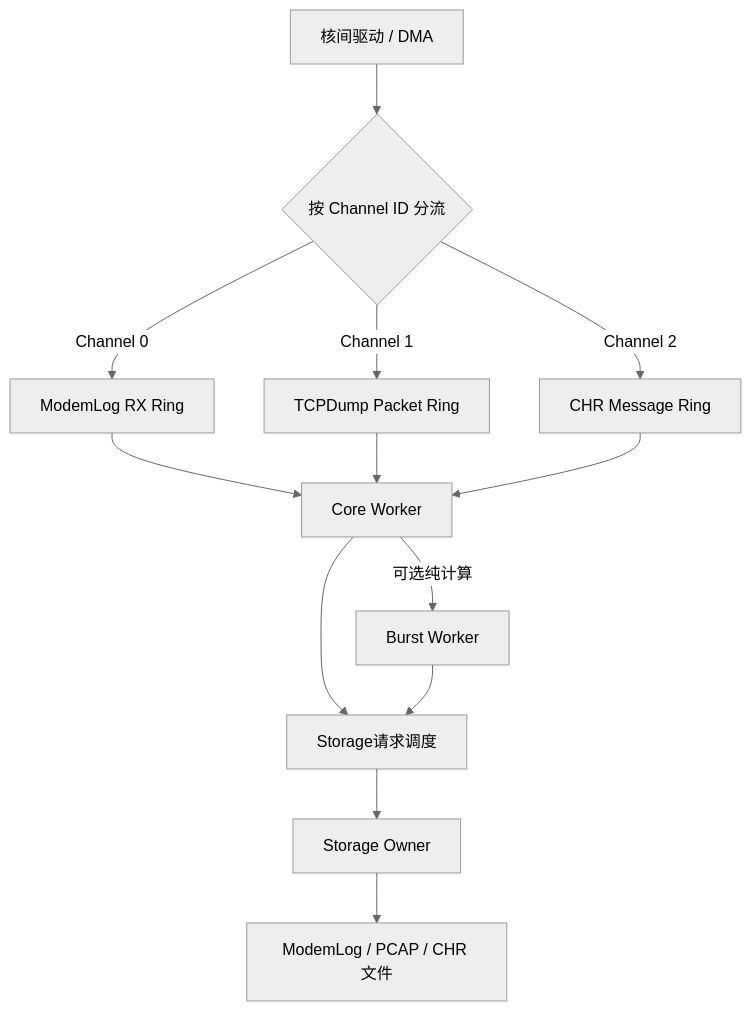
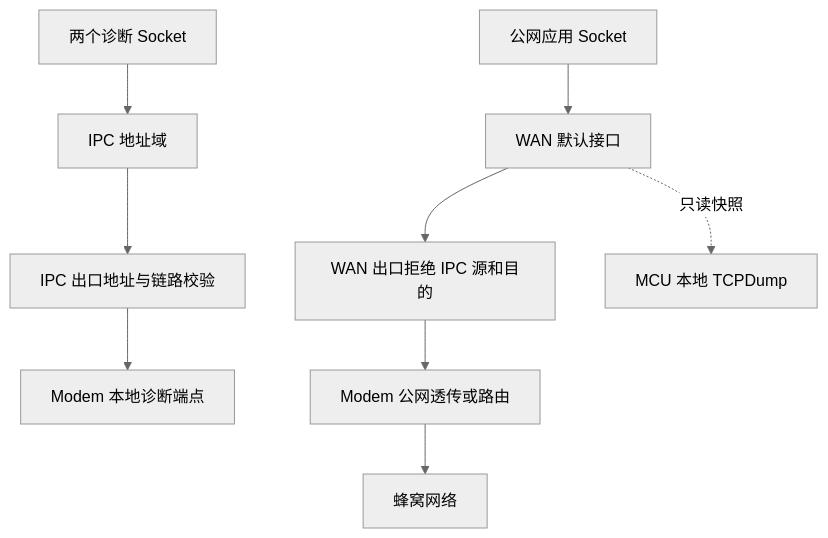
One commit to luckyJimLu/system-design-notes changed the fifth of 12 diagrams in modemlog/modem-complete-mermaid-flows.md. Above: the diagram before and after it, drawn with Mermaid (neutral theme). The commit also changed other lines of this file and 7 other files, not shown here.

Commit message:
docs(modemlog): unify isolated capture, dual sockets and C++ architecture

````diff
--- a/modemlog/modem-complete-mermaid-flows.md
+++ b/modemlog/modem-complete-mermaid-flows.md
@@ -52,15 +73,11 @@
 ```mermaid
 flowchart TD
-    DRIVER["核间驱动 / DMA"] --> DEMUX{"按 Channel ID 分流"}
-    DEMUX -->|"Channel 0"| MR["ModemLog RX Ring"]
-    DEMUX -->|"Channel 1"| TR["TCPDump Packet Ring"]
-    DEMUX -->|"Channel 2"| CR["CHR Message Ring"]
-    MR --> CORE["Core Worker"]
-    TR --> CORE
-    CR --> CORE
-    CORE -->|"可选纯计算"| BURST["Burst Worker"]
-    CORE --> SQ["Storage请求调度"]
-    BURST --> SQ
-    SQ --> STORE["Storage Owner"]
-    STORE --> FILES["ModemLog / PCAP / CHR 文件"]
+    diag["两个诊断 Socket"] --> ipc["IPC 地址域"]
+    app["公网应用 Socket"] --> wan["WAN 默认接口"]
+    ipc --> guardI["IPC 出口地址与链路校验"]
+    wan --> guardW["WAN 出口拒绝 IPC 源和目的"]
+    guardI --> local["Modem 本地诊断端点"]
+    guardW --> modemWan["Modem 公网透传或路由"]
+    modemWan --> cell["蜂窝网络"]
+    wan -.->|"只读快照"| capture["MCU 本地 TCPDump"]
 ```
````
